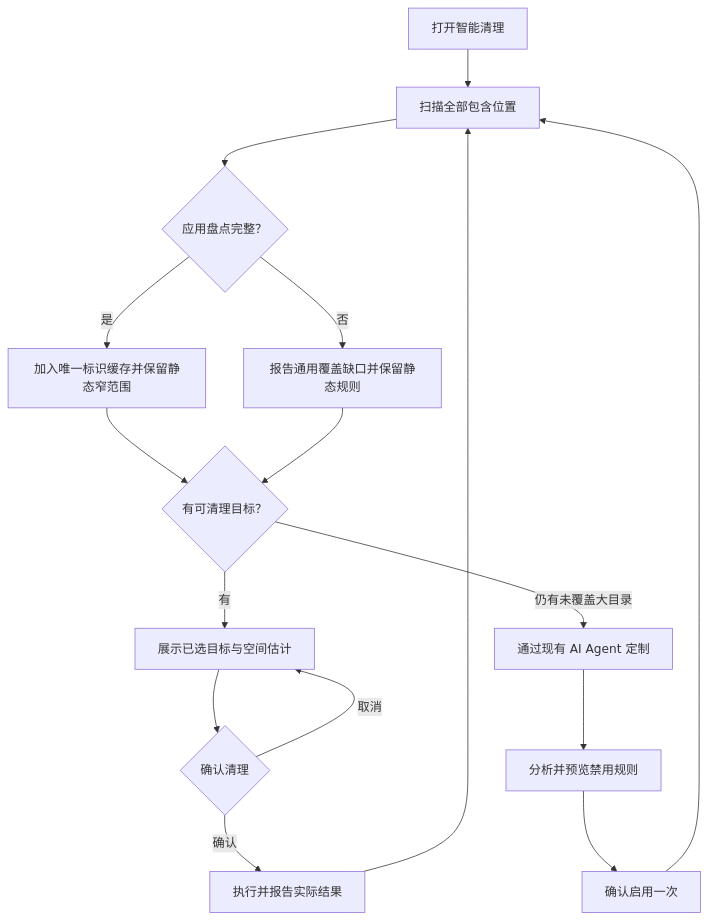
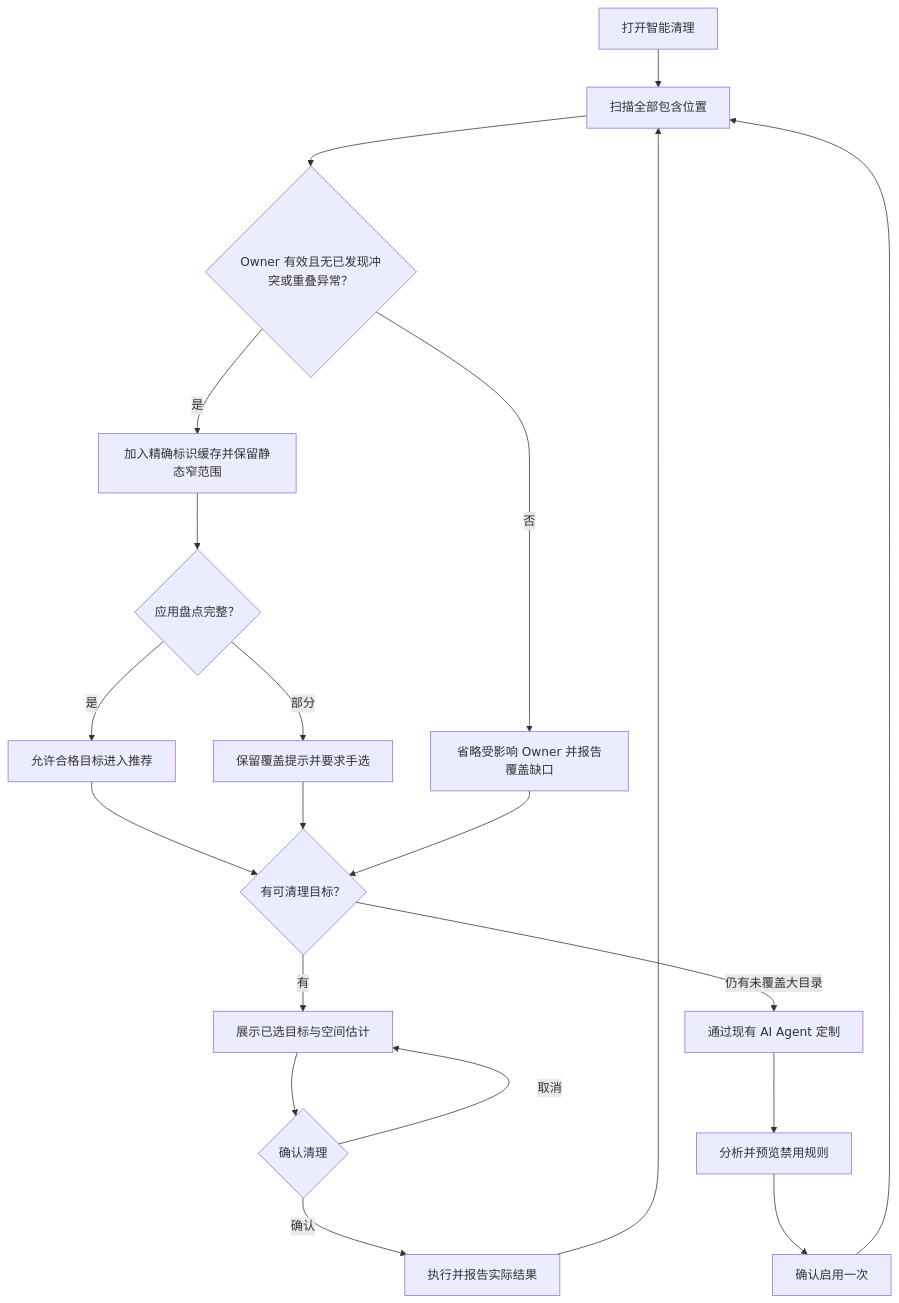
Before and after one commit to limecloud/shou: the second of 3 diagrams in docs/zh-CN/product/unified-cleanup.md, drawn with Mermaid. The commit also changed other lines of this file and 87 other files, not shown here.

````diff
--- a/docs/zh-CN/product/unified-cleanup.md
+++ b/docs/zh-CN/product/unified-cleanup.md
@@ -63,19 +65,23 @@
 ```mermaid
 flowchart TD
   Open[打开智能清理] --> Scan[扫描全部包含位置]
-  Scan --> Ownership{应用盘点完整？}
-  Ownership -->|是| Exact[加入唯一标识缓存并保留静态窄范围]
-  Ownership -->|否| Gap[报告通用覆盖缺口并保留静态规则]
-  Exact --> Found
+  Scan --> Ownership{Owner 有效且无已发现冲突或重叠异常？}
+  Ownership -->|是| Exact[加入精确标识缓存并保留静态窄范围]
+  Ownership -->|否| Gap[省略受影响 Owner 并报告覆盖缺口]
+  Exact --> Coverage{应用盘点完整？}
+  Coverage -->|是| Recommend[允许合格目标进入推荐]
+  Coverage -->|部分| Manual[保留覆盖提示并要求手选]
+  Recommend --> Found
+  Manual --> Found
   Gap --> Found
   Found{有可清理目标？}
   Found -->|有| Review[展示已选目标与空间估计]
   Review --> Confirm{确认清理}
   Confirm -->|确认| Run[执行并报告实际结果]
   Confirm -->|取消| Review
   Found -->|仍有未覆盖大目录| Agent[通过现有 AI Agent 定制]
   Agent --> Draft[分析并预览禁用规则]
   Draft --> Enable[确认启用一次]
   Enable --> Scan
   Run --> Scan
 ```
````
